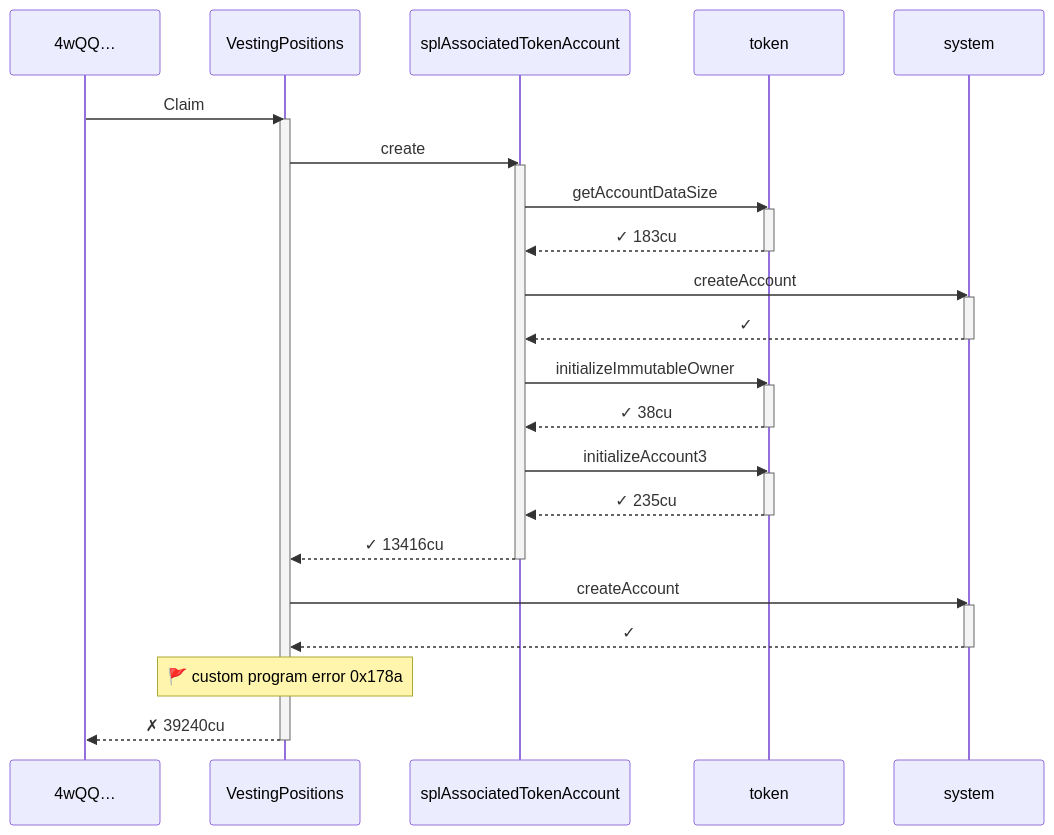
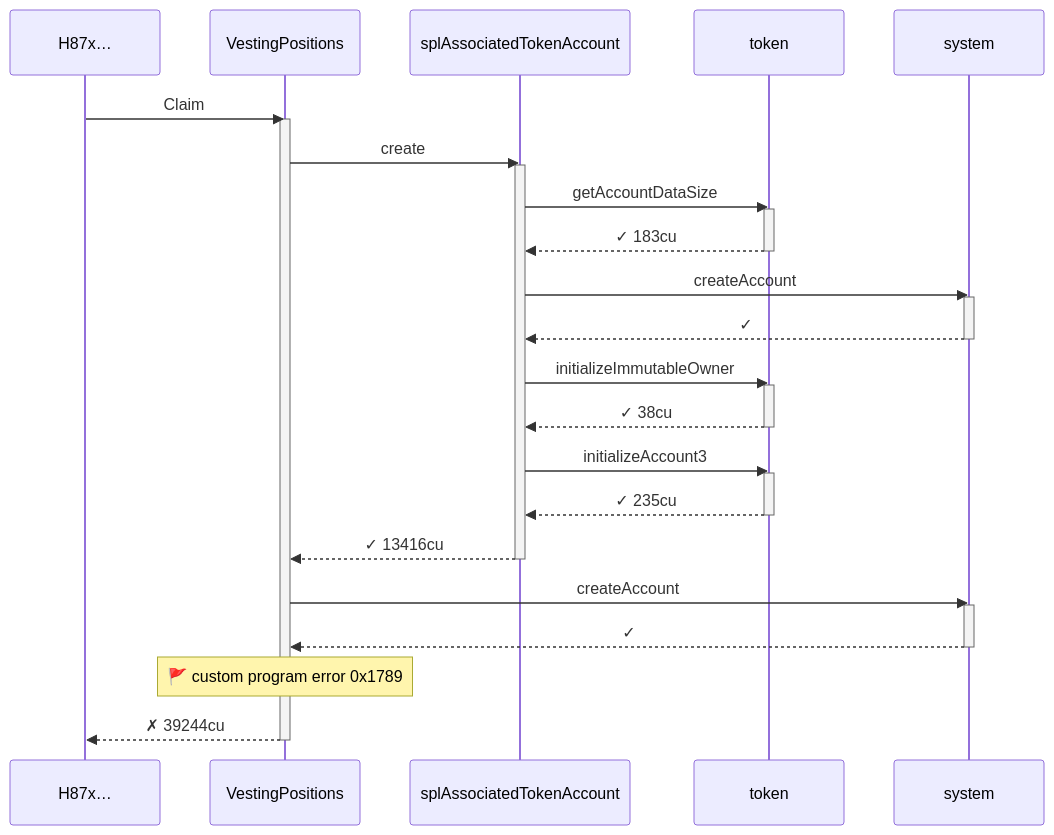
One commit to cds-turbin3/vesting-position changed the first of 3 diagrams in babelfish-tests/test-report/scenario_9_claim_window_closes_after_grace.md. Above: the diagram before and after it, drawn with Mermaid. The commit also changed other lines of this file and 51 other files, not shown here.

````diff
--- a/babelfish-tests/test-report/scenario_9_claim_window_closes_after_grace.md
+++ b/babelfish-tests/test-report/scenario_9_claim_window_closes_after_grace.md
@@ -5,37 +110,37 @@
 ```mermaid
 sequenceDiagram
-    participant p0 as 4wQQ…
+    participant p0 as H87x…
     participant p1 as VestingPositions
     participant p2 as splAssociatedTokenAccount
     participant p3 as token
     participant p4 as system
     p0->>p1: Claim
     activate p1
     p1->>p2: create
     activate p2
     p2->>p3: getAccountDataSize
     activate p3
     p3-->>p2: ✓ 183cu
     deactivate p3
     p2->>p4: createAccount
     activate p4
     p4-->>p2: ✓
     deactivate p4
     p2->>p3: initializeImmutableOwner
     activate p3
     p3-->>p2: ✓ 38cu
     deactivate p3
     p2->>p3: initializeAccount3
     activate p3
     p3-->>p2: ✓ 235cu
     deactivate p3
     p2-->>p1: ✓ 13416cu
     deactivate p2
     p1->>p4: createAccount
     activate p4
     p4-->>p1: ✓
     deactivate p4
-    note over p1: 🚩 custom program error  0x178a
-    p1-->>p0: ✗ 39240cu
+    note over p1: 🚩 custom program error  0x1789
+    p1-->>p0: ✗ 39244cu
     deactivate p1
 ```
````
